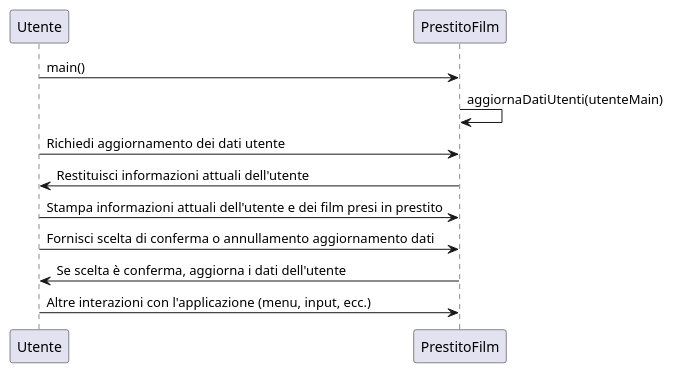
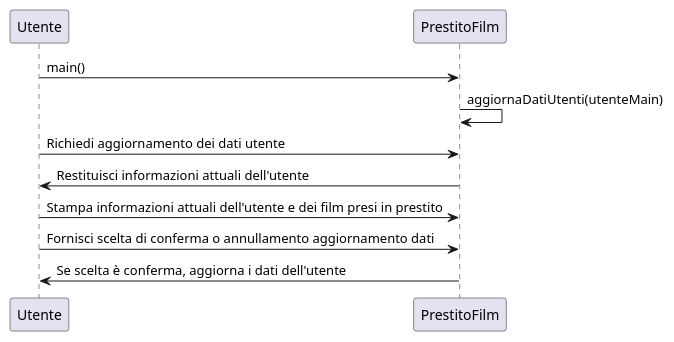
Before and after one commit to SilviaMastracci/PrestitoFilm: the diagram in diagrammaDiSequenza/aggiornaDatiUtente.plantuml, drawn with PlantUML. The commit also changed 14 other files, not shown here.

```diff
--- a/diagrammaDiSequenza/aggiornaDatiUtente.plantuml
+++ b/diagrammaDiSequenza/aggiornaDatiUtente.plantuml
@@ -1,10 +1,9 @@
 @startuml aggiornaDatiUtenti
 Utente->PrestitoFilm: main()
 PrestitoFilm->PrestitoFilm: aggiornaDatiUtenti(utenteMain)
 Utente->PrestitoFilm: Richiedi aggiornamento dei dati utente
 PrestitoFilm->Utente: Restituisci informazioni attuali dell'utente
 Utente->PrestitoFilm: Stampa informazioni attuali dell'utente e dei film presi in prestito
 Utente->PrestitoFilm: Fornisci scelta di conferma o annullamento aggiornamento dati
 PrestitoFilm->Utente: Se scelta è conferma, aggiorna i dati dell'utente
-Utente->PrestitoFilm: Altre interazioni con l'applicazione (menu, input, ecc.)
 @enduml
```
